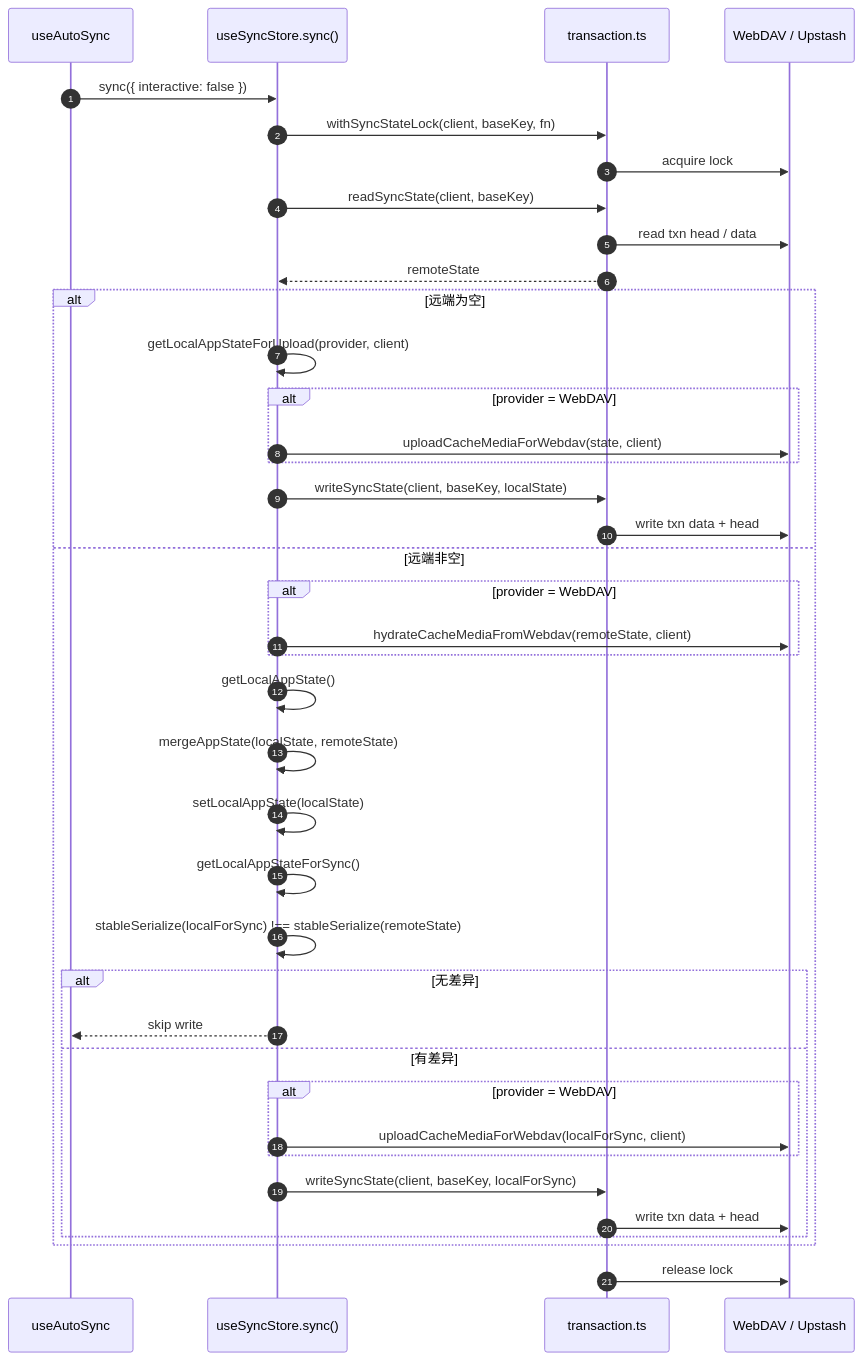
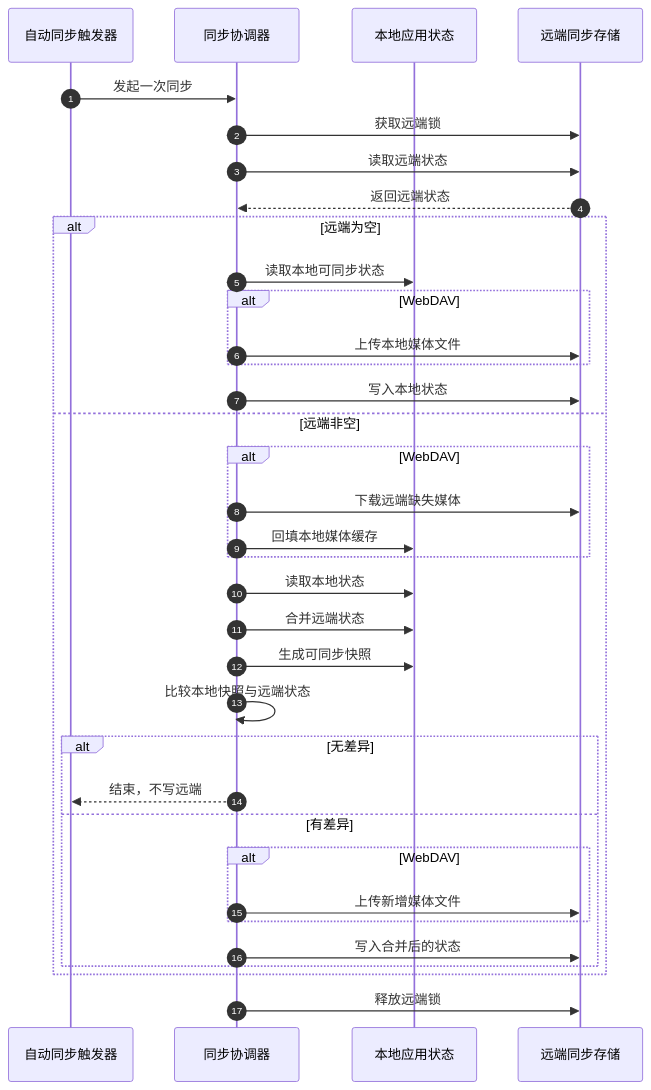
The diagram in docs/数据同步方案.md (yeying-community/chat), drawn with Mermaid before and after one commit. The commit also changed other lines of this file and 1 other file, not shown here.

Commit message:
docs: reframe sync and deployment docs

````diff
--- a/docs/数据同步方案.md
+++ b/docs/数据同步方案.md
@@ -60,42 +112,38 @@
 ```mermaid
 sequenceDiagram
   autonumber
-  participant Auto as useAutoSync
-  participant Sync as useSyncStore.sync()
-  participant Txn as transaction.ts
-  participant Remote as WebDAV / Upstash
+  participant Trigger as 自动同步触发器
+  participant Sync as 同步协调器
+  participant Local as 本地应用状态
+  participant Remote as 远端同步存储
 
-  Auto->>Sync: sync({ interactive: false })
-  Sync->>Txn: withSyncStateLock(client, baseKey, fn)
-  Txn->>Remote: acquire lock
-  Sync->>Txn: readSyncState(client, baseKey)
-  Txn->>Remote: read txn head / data
-  Txn-->>Sync: remoteState
+  Trigger->>Sync: 发起一次同步
+  Sync->>Remote: 获取远端锁
+  Sync->>Remote: 读取远端状态
+  Remote-->>Sync: 返回远端状态
   alt 远端为空
-    Sync->>Sync: getLocalAppStateForUpload(provider, client)
-    alt provider = WebDAV
-      Sync->>Remote: uploadCacheMediaForWebdav(state, client)
+    Sync->>Local: 读取本地可同步状态
+    alt WebDAV
+      Sync->>Remote: 上传本地媒体文件
     end
-    Sync->>Txn: writeSyncState(client, baseKey, localState)
-    Txn->>Remote: write txn data + head
+    Sync->>Remote: 写入本地状态
   else 远端非空
-    alt provider = WebDAV
-      Sync->>Remote: hydrateCacheMediaFromWebdav(remoteState, client)
+    alt WebDAV
+      Sync->>Remote: 下载远端缺失媒体
+      Sync->>Local: 回填本地媒体缓存
     end
-    Sync->>Sync: getLocalAppState()
-    Sync->>Sync: mergeAppState(localState, remoteState)
-    Sync->>Sync: setLocalAppState(localState)
-    Sync->>Sync: getLocalAppStateForSync()
-    Sync->>Sync: stableSerialize(localForSync) !== stableSerialize(remoteState)
+    Sync->>Local: 读取本地状态
+    Sync->>Local: 合并远端状态
+    Sync->>Local: 生成可同步快照
+    Sync->>Sync: 比较本地快照与远端状态
     alt 无差异
-      Sync-->>Auto: skip write
+      Sync-->>Trigger: 结束，不写远端
     else 有差异
-      alt provider = WebDAV
-        Sync->>Remote: uploadCacheMediaForWebdav(localForSync, client)
+      alt WebDAV
+        Sync->>Remote: 上传新增媒体文件
       end
-      Sync->>Txn: writeSyncState(client, baseKey, localForSync)
-      Txn->>Remote: write txn data + head
+      Sync->>Remote: 写入合并后的状态
     end
   end
-  Txn->>Remote: release lock
+  Sync->>Remote: 释放远端锁
 ```
````
